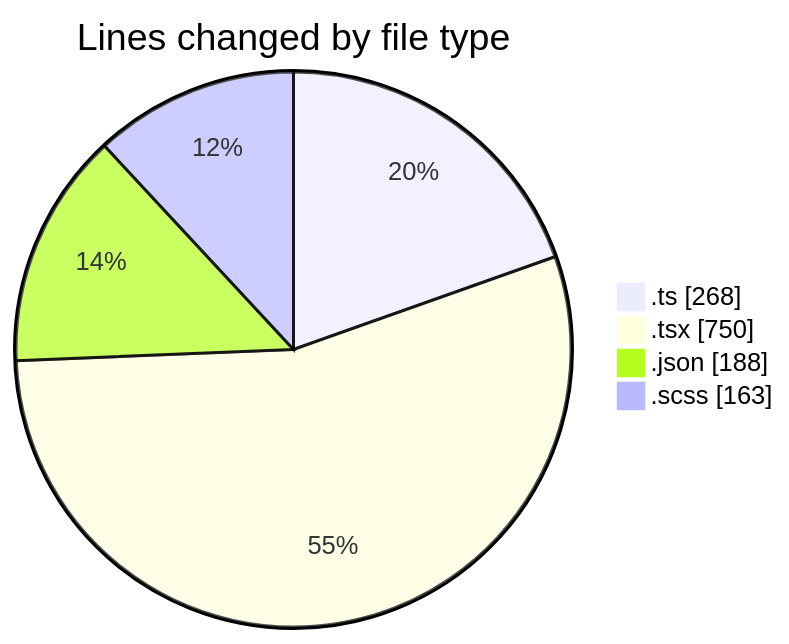
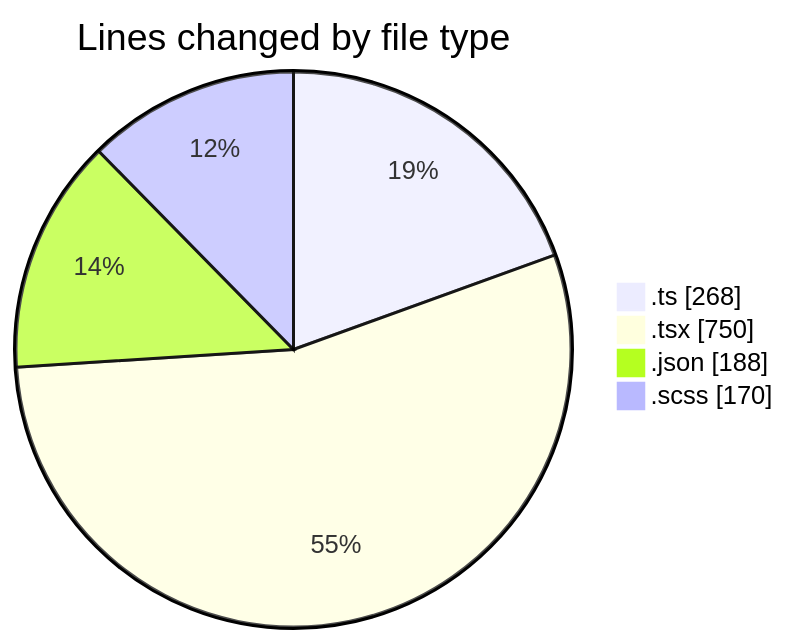
The first of 2 diagrams in 2026-05-07/cda/README.md (momahboobian/code-tracking), drawn with Mermaid before and after one commit. The commit also changed other lines of this file and 1 other file, not shown here.

````diff
--- a/2026-05-07/cda/README.md
+++ b/2026-05-07/cda/README.md
@@ -32,8 +32,8 @@
 ```mermaid
 pie showData
 title Lines changed by file type
 ".ts" : 268
 ".tsx" : 750
 ".json" : 188
-".scss" : 163
+".scss" : 170
 ```
````
